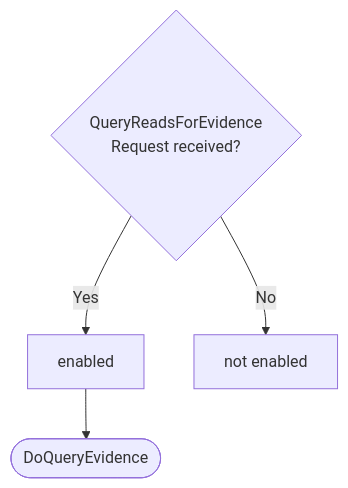
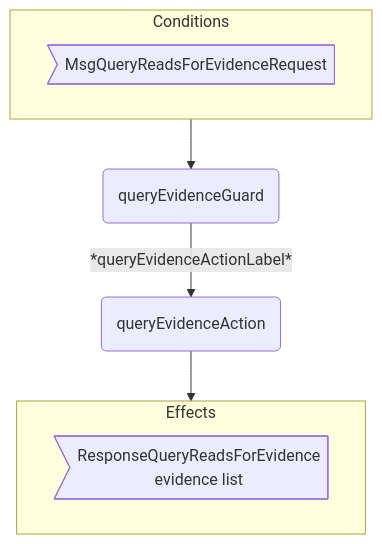
One commit to anoma/nspec changed the third of 3 diagrams in docs/arch/node/engines/reads_for_behaviour.juvix.md. Above: the diagram before and after it, drawn with Mermaid. The commit also changed other lines of this file and 3 other files, not shown here.

````diff
--- a/docs/arch/node/engines/reads_for_behaviour.juvix.md
+++ b/docs/arch/node/engines/reads_for_behaviour.juvix.md
@@ -249,7 +539,15 @@
 ```mermaid
 flowchart TD
-    C{QueryReadsForEvidence<br>Request received?}
-    C -->|Yes| D[enabled]
-    C -->|No| E[not enabled]
-    D --> F([DoQueryEvidence])
+  subgraph C[Conditions]
+    CMsg>MsgQueryReadsForEvidenceRequest]
+  end
+
+  G(queryEvidenceGuard)
+  A(queryEvidenceAction)
+
+  C --> G -- *queryEvidenceActionLabel* --> A --> E
+
+  subgraph E[Effects]
+    EMsg>ResponseQueryReadsForEvidence<br/>evidence list]
+  end
 ```
````
